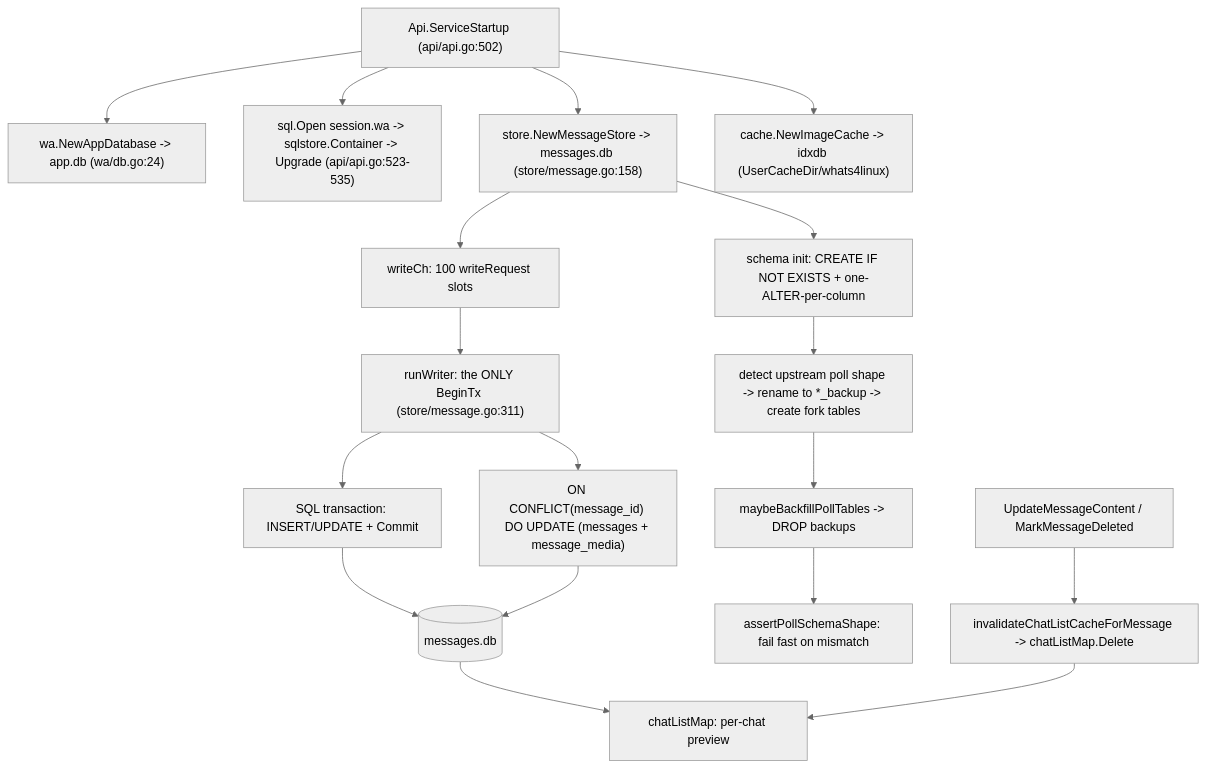
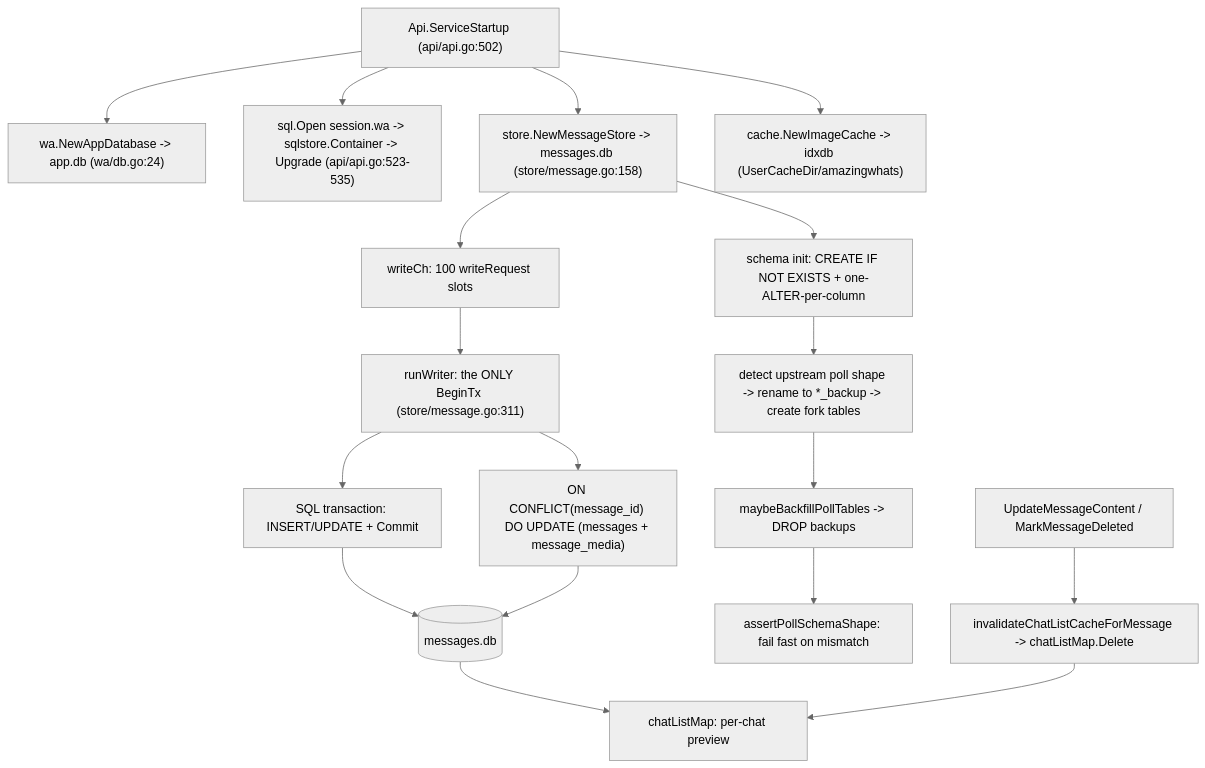
The diagram in docs/02-components/database.md (SugeethJSA/amazingwhats), drawn with Mermaid (neutral theme) before and after one commit. The commit also changed other lines of this file and 31 other files, not shown here.

````diff
--- a/docs/02-components/database.md
+++ b/docs/02-components/database.md
@@ -30,23 +30,23 @@
 ```mermaid
 flowchart TD
     START["Api.ServiceStartup (api/api.go:502)"] --> ADB["wa.NewAppDatabase -> app.db (wa/db.go:24)"]
     START --> SESS["sql.Open session.wa -> sqlstore.Container -> Upgrade (api/api.go:523-535)"]
     START --> MSG["store.NewMessageStore -> messages.db (store/message.go:158)"]
-    START --> IMG["cache.NewImageCache -> idxdb (UserCacheDir/whats4linux)"]
+    START --> IMG["cache.NewImageCache -> idxdb (UserCacheDir/amazingwhats)"]
 
     MSG --> WQ["writeCh: 100 writeRequest slots"]
     WQ --> WRITER["runWriter: the ONLY BeginTx (store/message.go:311)"]
     WRITER --> TX["SQL transaction: INSERT/UPDATE + Commit"]
     TX --> DB[("messages.db")]
 
     MSG --> INIT["schema init: CREATE IF NOT EXISTS + one-ALTER-per-column"]
     INIT --> POLLS["detect upstream poll shape -> rename to *_backup -> create fork tables"]
     POLLS --> BACKFILL["maybeBackfillPollTables -> DROP backups"]
     BACKFILL --> ASSERT["assertPollSchemaShape: fail fast on mismatch"]
 
     WRITER --> UPSERT["ON CONFLICT(message_id) DO UPDATE (messages + message_media)"]
     UPSERT --> DB
     DB --> CACHE["chatListMap: per-chat preview"]
     EDIT["UpdateMessageContent / MarkMessageDeleted"] --> INV["invalidateChatListCacheForMessage -> chatListMap.Delete"]
     INV --> CACHE
 ```
````
